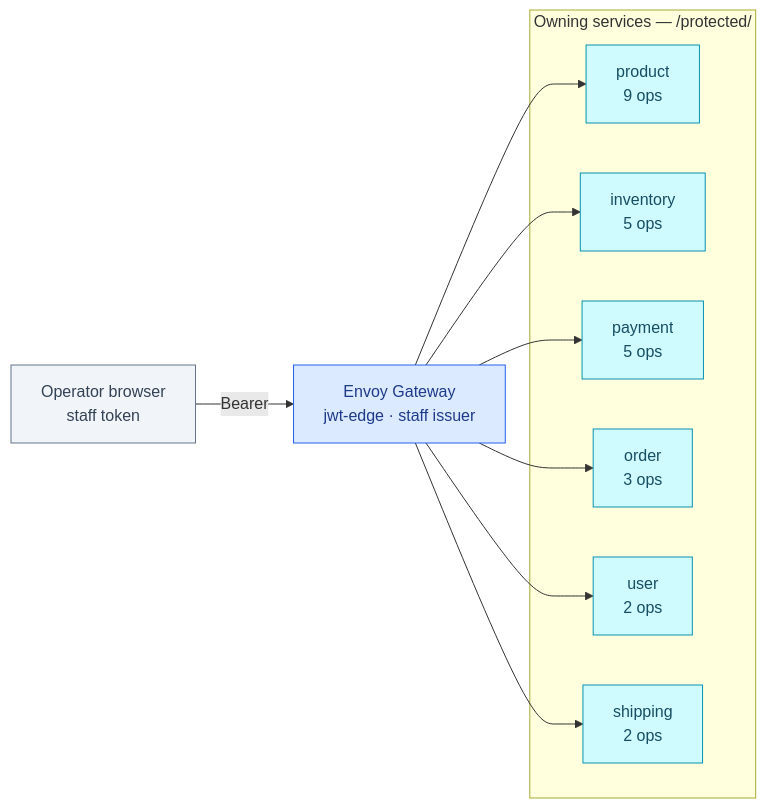
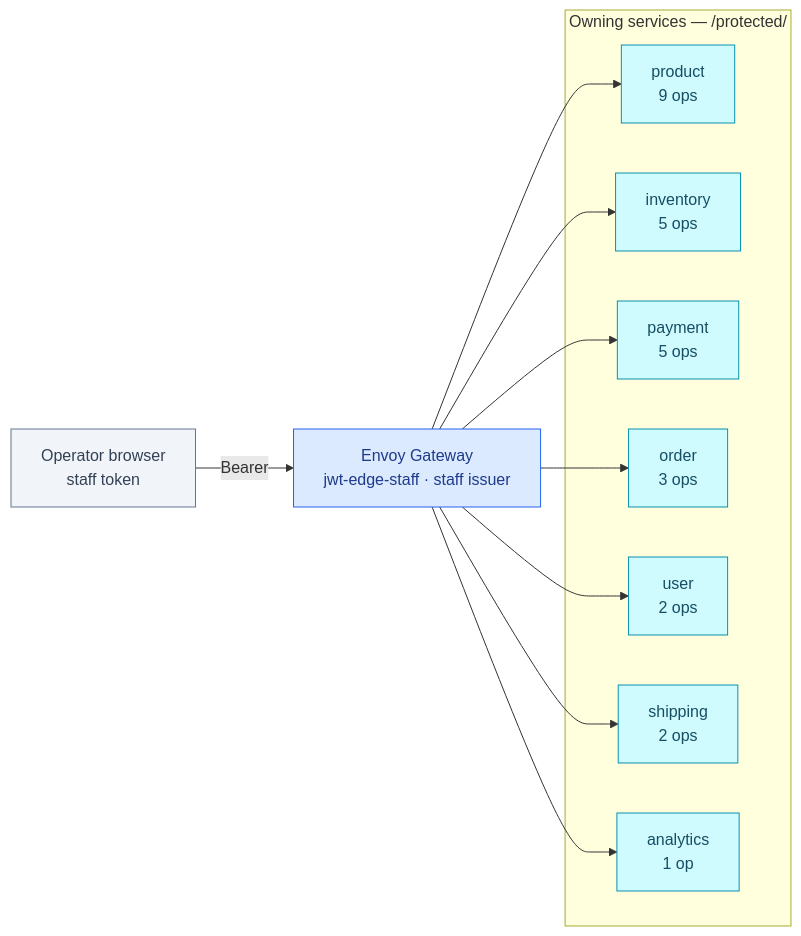
Before and after one commit to duynhlab/homelab: the diagram in docs/api/admin.md, drawn with Mermaid. The commit also changed other lines of this file and 35 other files, not shown here.

````diff
--- a/docs/api/admin.md
+++ b/docs/api/admin.md
@@ -40,24 +40,25 @@
 ```mermaid
 flowchart LR
   OP["Operator browser<br/>staff token"]
-  EG["Envoy Gateway<br/>jwt-edge · staff issuer"]
+  EG["Envoy Gateway<br/>jwt-edge-staff · staff issuer"]
 
   subgraph OWN["Owning services — /protected/"]
     PROD["product<br/>9 ops"]
     INV["inventory<br/>5 ops"]
     PAY["payment<br/>5 ops"]
     ORD["order<br/>3 ops"]
     USER["user<br/>2 ops"]
     SHIP["shipping<br/>2 ops"]
+    ANA["analytics<br/>1 op"]
   end
 
   OP -->|"Bearer"| EG
-  EG --> PROD & INV & PAY & ORD & USER & SHIP
+  EG --> PROD & INV & PAY & ORD & USER & SHIP & ANA
 
   classDef external fill:#f1f5f9,color:#334155,stroke:#64748b;
   classDef edge fill:#dbeafe,color:#1e3a8a,stroke:#2563eb;
   classDef service fill:#cffafe,color:#164e63,stroke:#0891b2;
   class OP external
   class EG edge
-  class PROD,INV,PAY,ORD,USER,SHIP service
+  class PROD,INV,PAY,ORD,USER,SHIP,ANA service
 ```
````
